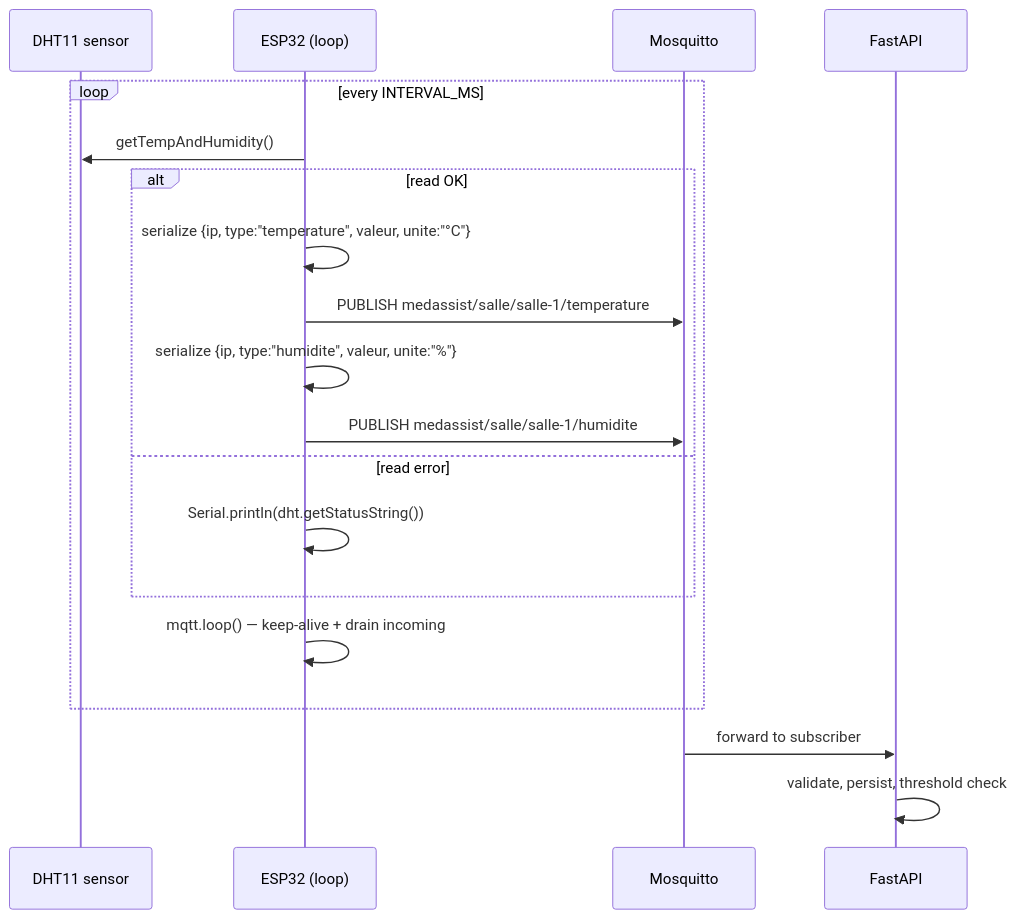
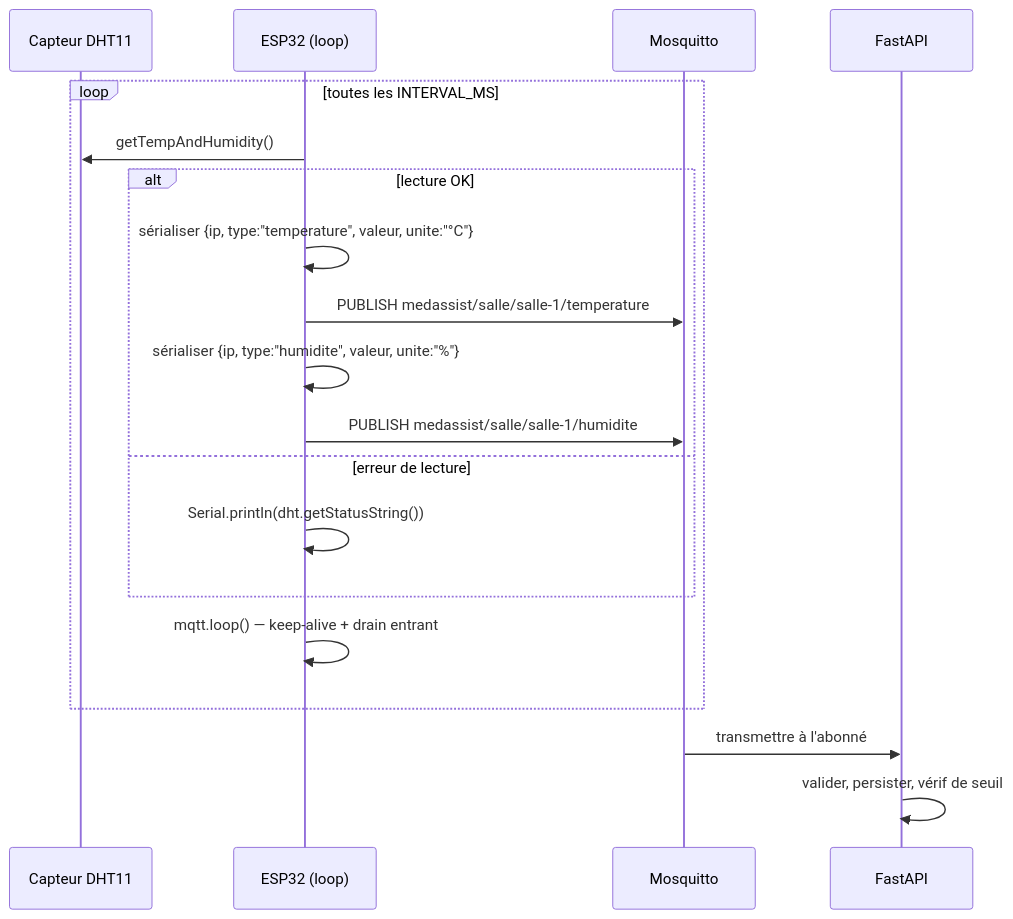
The diagram in docs/firmware.md (t4lhawi/MedAssist-AI), drawn with Mermaid before and after one commit. The commit also changed other lines of this file and 9 other files, not shown here.

````diff
--- a/docs/firmware.md
+++ b/docs/firmware.md
@@ -113,23 +113,23 @@
 ```mermaid
 sequenceDiagram
-  participant DHT as DHT11 sensor
+  participant DHT as Capteur DHT11
   participant ESP as ESP32 (loop)
   participant MQ as Mosquitto
   participant BE as FastAPI
 
-  loop every INTERVAL_MS
+  loop toutes les INTERVAL_MS
     ESP->>DHT: getTempAndHumidity()
-    alt read OK
-      ESP->>ESP: serialize {ip, type:"temperature", valeur, unite:"°C"}
+    alt lecture OK
+      ESP->>ESP: sérialiser {ip, type:"temperature", valeur, unite:"°C"}
       ESP->>MQ: PUBLISH medassist/salle/salle-1/temperature
-      ESP->>ESP: serialize {ip, type:"humidite", valeur, unite:"%"}
+      ESP->>ESP: sérialiser {ip, type:"humidite", valeur, unite:"%"}
       ESP->>MQ: PUBLISH medassist/salle/salle-1/humidite
-    else read error
+    else erreur de lecture
       ESP->>ESP: Serial.println(dht.getStatusString())
     end
-    ESP->>ESP: mqtt.loop() — keep-alive + drain incoming
+    ESP->>ESP: mqtt.loop() — keep-alive + drain entrant
   end
 
-  MQ->>BE: forward to subscriber
-  BE->>BE: validate, persist, threshold check
+  MQ->>BE: transmettre à l'abonné
+  BE->>BE: valider, persister, vérif de seuil
 ```
````
